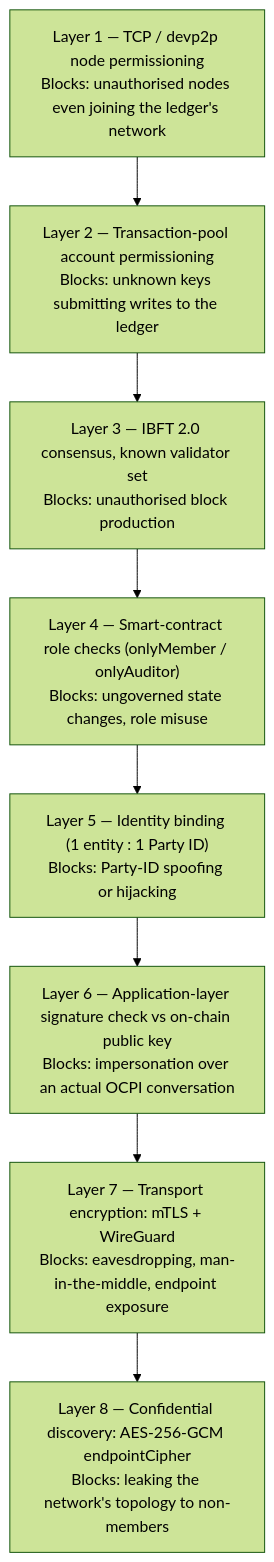
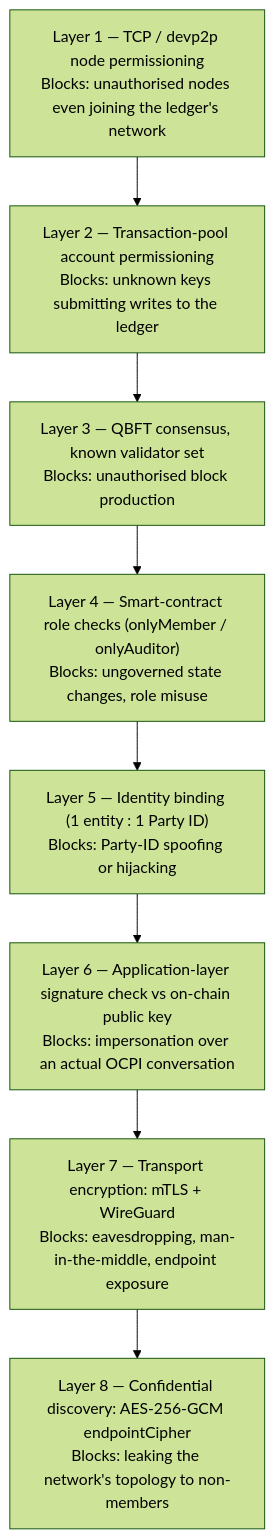
One commit to industrialdynamics/ADERA changed the tenth of 15 diagrams in docs/00-ADERA-Expanded-Technical-Guide.md. Above: the diagram before and after it, drawn with Mermaid (forest theme). The commit also changed other lines of this file and 9 other files, not shown here.

Commit message:
refactor ibft2 with qbft

````diff
--- a/docs/00-ADERA-Expanded-Technical-Guide.md
+++ b/docs/00-ADERA-Expanded-Technical-Guide.md
@@ -1226,12 +1226,12 @@
 ```mermaid
 flowchart TB
     L1["Layer 1 — TCP / devp2p node permissioning<br/>Blocks: unauthorised nodes even joining the ledger's network"]
     L2["Layer 2 — Transaction-pool account permissioning<br/>Blocks: unknown keys submitting writes to the ledger"]
-    L3["Layer 3 — IBFT 2.0 consensus, known validator set<br/>Blocks: unauthorised block production"]
+    L3["Layer 3 — QBFT consensus, known validator set<br/>Blocks: unauthorised block production"]
     L4["Layer 4 — Smart-contract role checks (onlyMember / onlyAuditor)<br/>Blocks: ungoverned state changes, role misuse"]
     L5["Layer 5 — Identity binding (1 entity : 1 Party ID)<br/>Blocks: Party-ID spoofing or hijacking"]
     L6["Layer 6 — Application-layer signature check vs on-chain public key<br/>Blocks: impersonation over an actual OCPI conversation"]
     L7["Layer 7 — Transport encryption: mTLS + WireGuard<br/>Blocks: eavesdropping, man-in-the-middle, endpoint exposure"]
     L8["Layer 8 — Confidential discovery: AES-256-GCM endpointCipher<br/>Blocks: leaking the network's topology to non-members"]
     L1 --> L2 --> L3 --> L4 --> L5 --> L6 --> L7 --> L8
 ```
````
